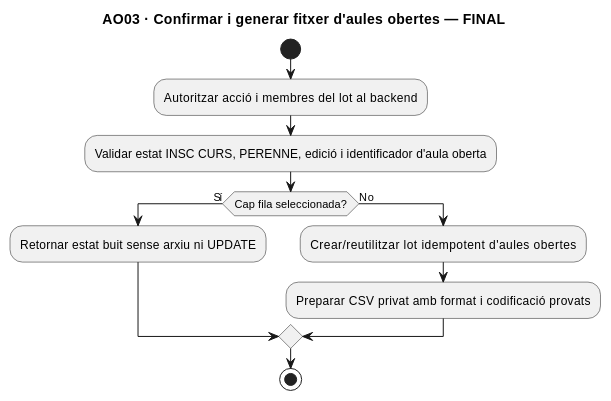
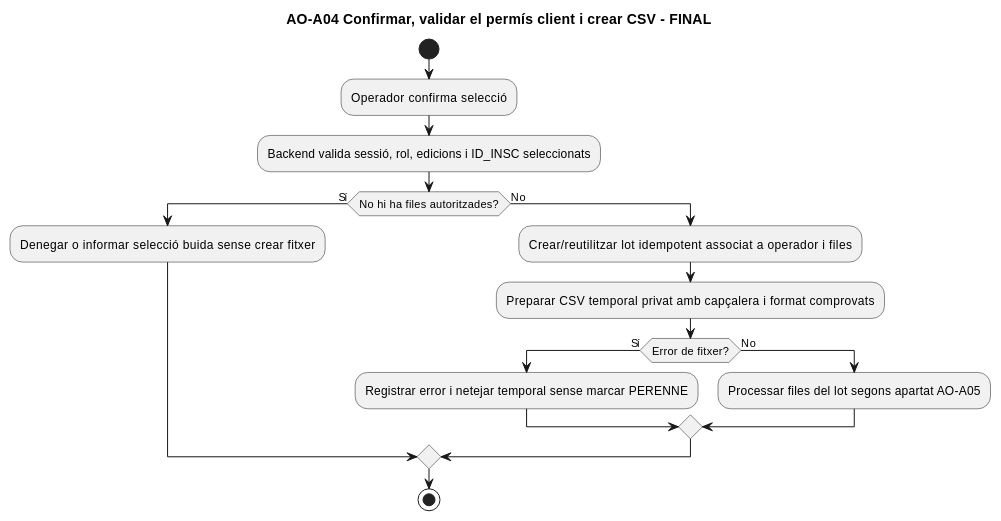
Before and after one commit to orgmeriemprismacat-del/verifactu: the tenth of 20 diagrams in documentacio/07-uml-integrat/uc-moodle-aules-obertes-fitxa-activitats.md, drawn with PlantUML. The commit also changed other lines of this file, not shown here.

Commit message:
docs: complete exact open-class URL with full functional UML, 16 actual/final page and section activity diagrams

````diff
--- a/documentacio/07-uml-integrat/uc-moodle-aules-obertes-fitxa-activitats.md
+++ b/documentacio/07-uml-integrat/uc-moodle-aules-obertes-fitxa-activitats.md
@@ -217,15 +310,20 @@
 ```plantuml
 @startuml
-title AO03 · Confirmar i generar fitxer d'aules obertes — FINAL
+title AO-A04 Confirmar, validar el permís client i crear CSV - FINAL
 start
-:Autoritzar acció i membres del lot al backend;
-:Validar estat INSC CURS, PERENNE, edició i identificador d'aula oberta;
-if (Cap fila seleccionada?) then (Sí)
- :Retornar estat buit sense arxiu ni UPDATE;
+:Operador confirma selecció;
+:Backend valida sessió, rol, edicions i ID_INSC seleccionats;
+if (No hi ha files autoritzades?) then (Sí)
+ :Denegar o informar selecció buida sense crear fitxer;
 else (No)
- :Crear/reutilitzar lot idempotent d'aules obertes;
- :Preparar CSV privat amb format i codificació provats;
+ :Crear/reutilitzar lot idempotent associat a operador i files;
+ :Preparar CSV temporal privat amb capçalera i format comprovats;
+ if (Error de fitxer?) then (Sí)
+  :Registrar error i netejar temporal sense marcar PERENNE;
+ else (No)
+  :Processar files del lot segons apartat AO-A05;
+ endif
 endif
 stop
 @enduml
 ```
````
